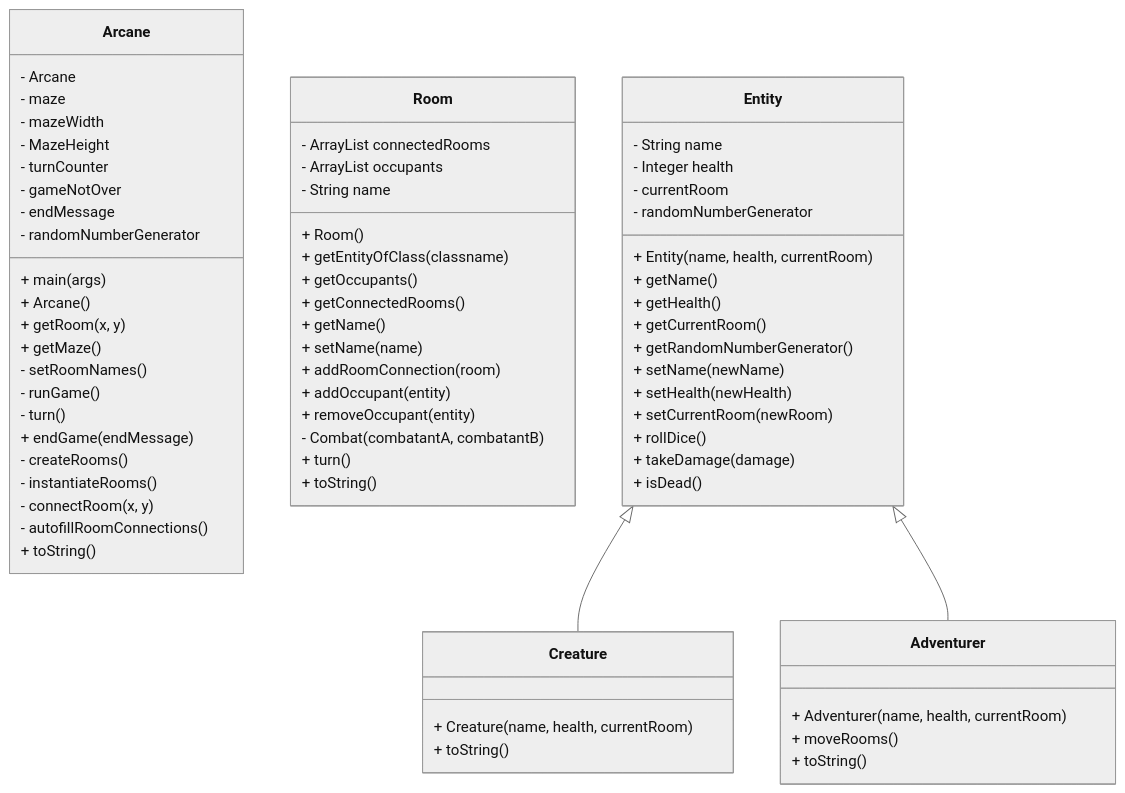
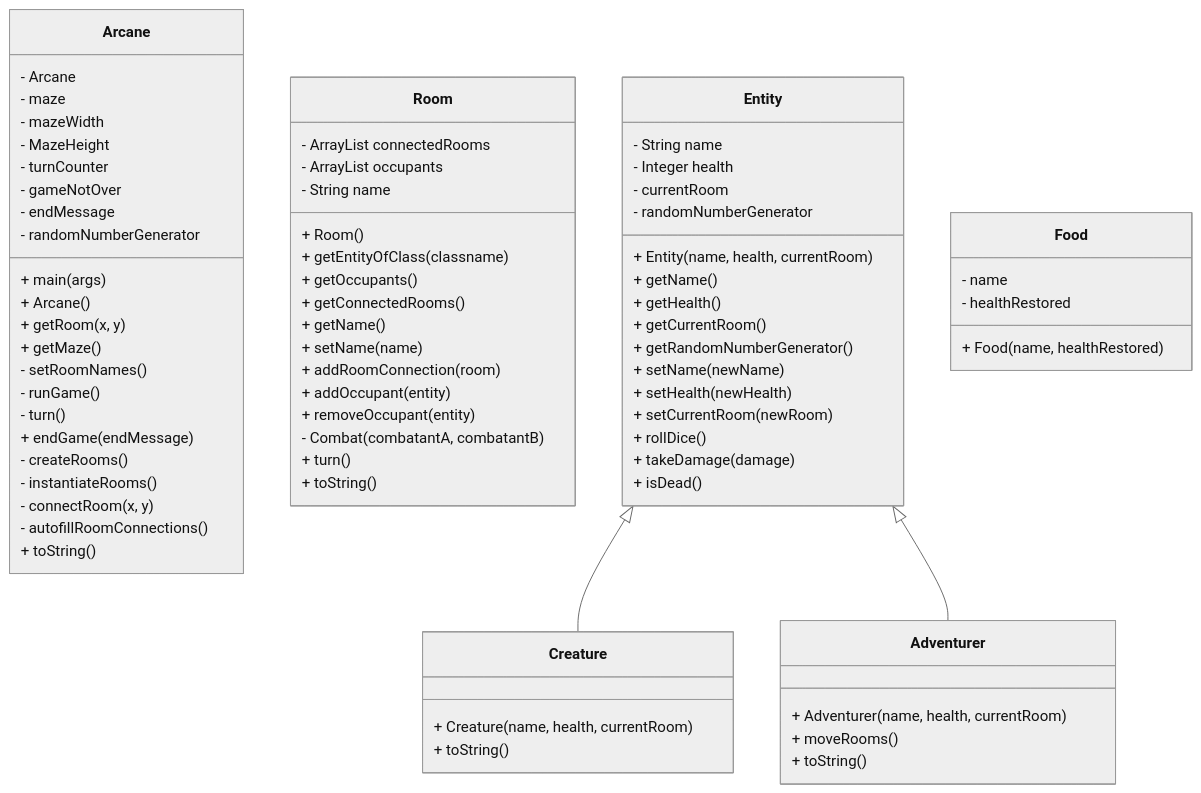
The diagram in README.md (jonathancsci/csci4448-arcane-game), drawn with Mermaid (neutral theme) before and after one commit. The commit also changed 2 other files, not shown here.

````diff
--- a/README.md
+++ b/README.md
@@ -11,71 +11,76 @@
 ```mermaid
 classDiagram
     class Arcane {
         - Arcane
         - maze
         - mazeWidth
         - MazeHeight
         - turnCounter
         - gameNotOver
         - endMessage
         - randomNumberGenerator
         + main(args)
         + Arcane()
         + getRoom(x, y)
         + getMaze()
         - setRoomNames()
         - runGame()
         - turn()
         + endGame(endMessage)
         - createRooms()
         - instantiateRooms()
         - connectRoom(x, y)
         - autofillRoomConnections()
         + toString()
     }
     class Room {
         - ArrayList<Room> connectedRooms
         - ArrayList<Entity> occupants
         - String name
         + Room()
         + getEntityOfClass(classname)
         + getOccupants()
         + getConnectedRooms()
         + getName()
         + setName(name)
         + addRoomConnection(room)
         + addOccupant(entity)
         + removeOccupant(entity)
         - Combat(combatantA, combatantB)
         + turn()
         + toString()
     }
     class Entity {
         - String name
         - Integer health
         - currentRoom
         - randomNumberGenerator
         + Entity(name, health, currentRoom)
         + getName()
         + getHealth()
         + getCurrentRoom()
         + getRandomNumberGenerator()
         + setName(newName)
         + setHealth(newHealth)
         + setCurrentRoom(newRoom)
         + rollDice()
         + takeDamage(damage)
         + isDead()
     }
     class Adventurer {
         + Adventurer(name, health, currentRoom)
         + moveRooms()
         + toString()
     }
     class Creature {
         + Creature(name, health, currentRoom)
         + toString()
     }
+    class Food {
+        + Food(name, healthRestored)
+        - name
+        - healthRestored
+    }
     Entity <|-- Creature
     Entity <|-- Adventurer
 ```
````
